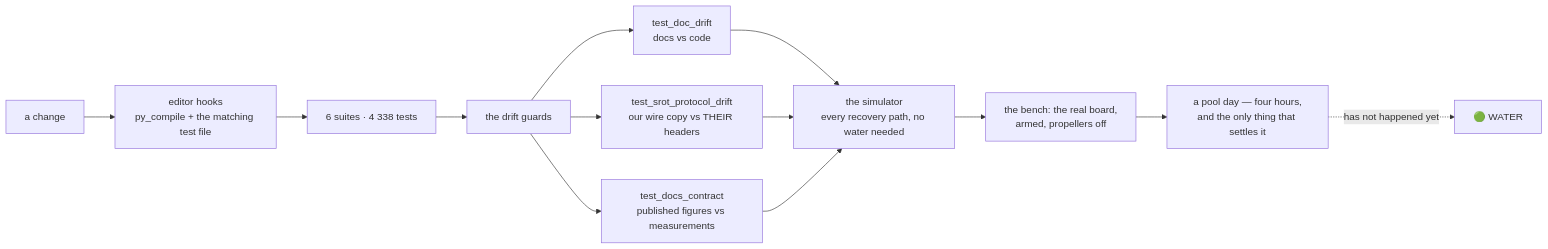
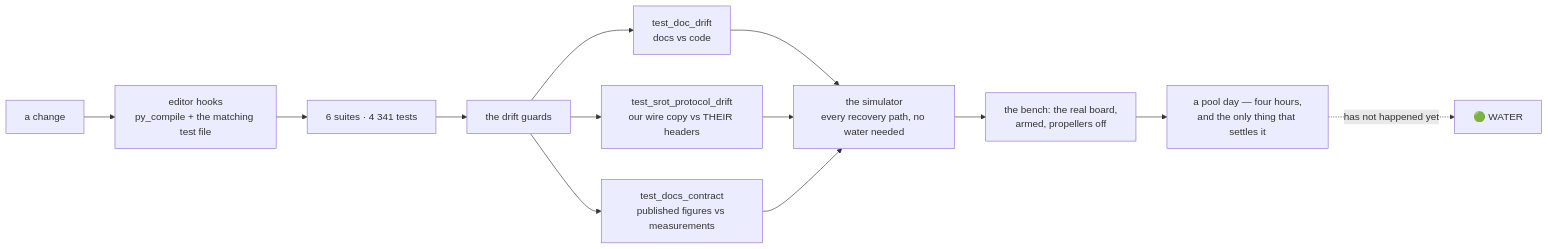
One commit to fh1m/mongla_ws changed the ninth of 10 diagrams in README.md. Above: the diagram before and after it, drawn with Mermaid. The commit also changed other lines of this file and 3 other files, not shown here.

````diff
--- a/README.md
+++ b/README.md
@@ -752,15 +752,15 @@
 ```mermaid
 flowchart LR
     DEV["a change"] --> HOOK["editor hooks<br/>py_compile + the matching test file"]
-    HOOK --> UNIT["6 suites · 4 338 tests"]
+    HOOK --> UNIT["6 suites · 4 341 tests"]
     UNIT --> GUARD["the drift guards"]
     GUARD --> G1["test_doc_drift<br/>docs vs code"]
     GUARD --> G2["test_srot_protocol_drift<br/>our wire copy vs THEIR headers"]
     GUARD --> G3["test_docs_contract<br/>published figures vs measurements"]
     G1 --> SIM["the simulator<br/>every recovery path, no water needed"]
     G2 --> SIM
     G3 --> SIM
     SIM --> BENCH["the bench: the real board,<br/>armed, propellers off"]
     BENCH --> POOL["a pool day — four hours,<br/>and the only thing that settles it"]
     POOL -.->|"has not happened yet"| WATER["🟢 WATER"]
 ```
````
